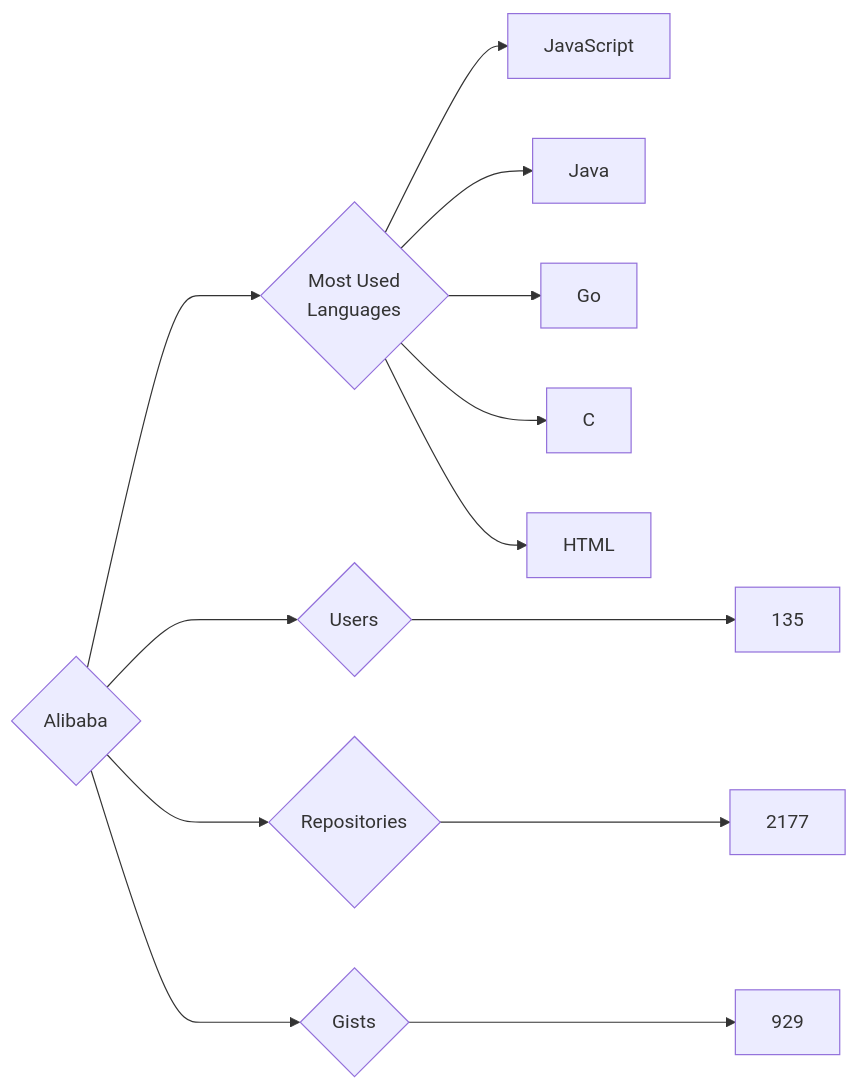
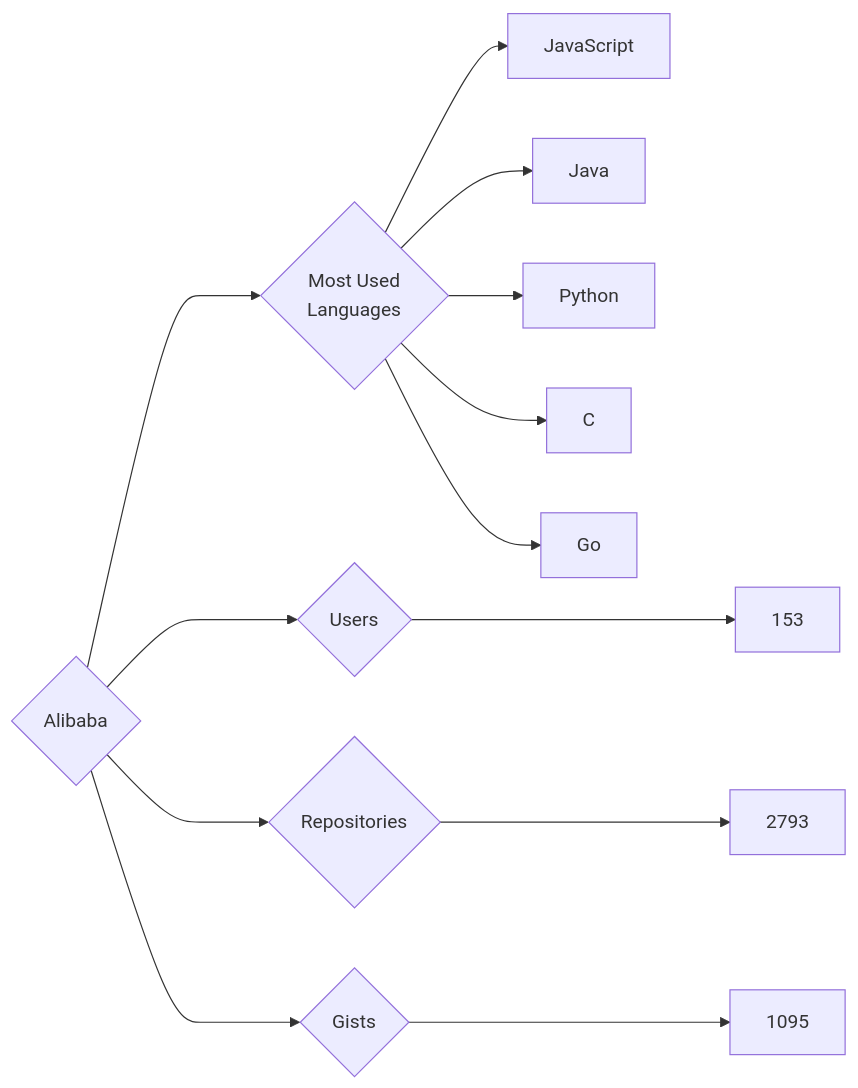
One commit to trickest/insiders changed the diagram in targets/Alibaba/README.md. Above: the diagram before and after it, drawn with Mermaid. The commit also changed 900 other files, not shown here.

````diff
--- a/targets/Alibaba/README.md
+++ b/targets/Alibaba/README.md
@@ -3,13 +3,13 @@
 ```mermaid
 graph LR
 COMPANY_NAME{Alibaba}
-COMPANY_NAME ---> U{Users} ---> UN[135]
-COMPANY_NAME ---> R{Repositories} ---> RN[2177]
-COMPANY_NAME ---> G{Gists} ---> GN[929]
+COMPANY_NAME ---> U{Users} ---> UN[153]
+COMPANY_NAME ---> R{Repositories} ---> RN[2793]
+COMPANY_NAME ---> G{Gists} ---> GN[1095]
 COMPANY_NAME ---> ML{Most Used<br>Languages}
 ML --> JavaScript[JavaScript]
 ML --> Java[Java]
+ML --> Python[Python]
+ML --> C[C]
 ML --> Go[Go]
-ML --> C[C]
-ML --> HTML[HTML]
 ```
````
